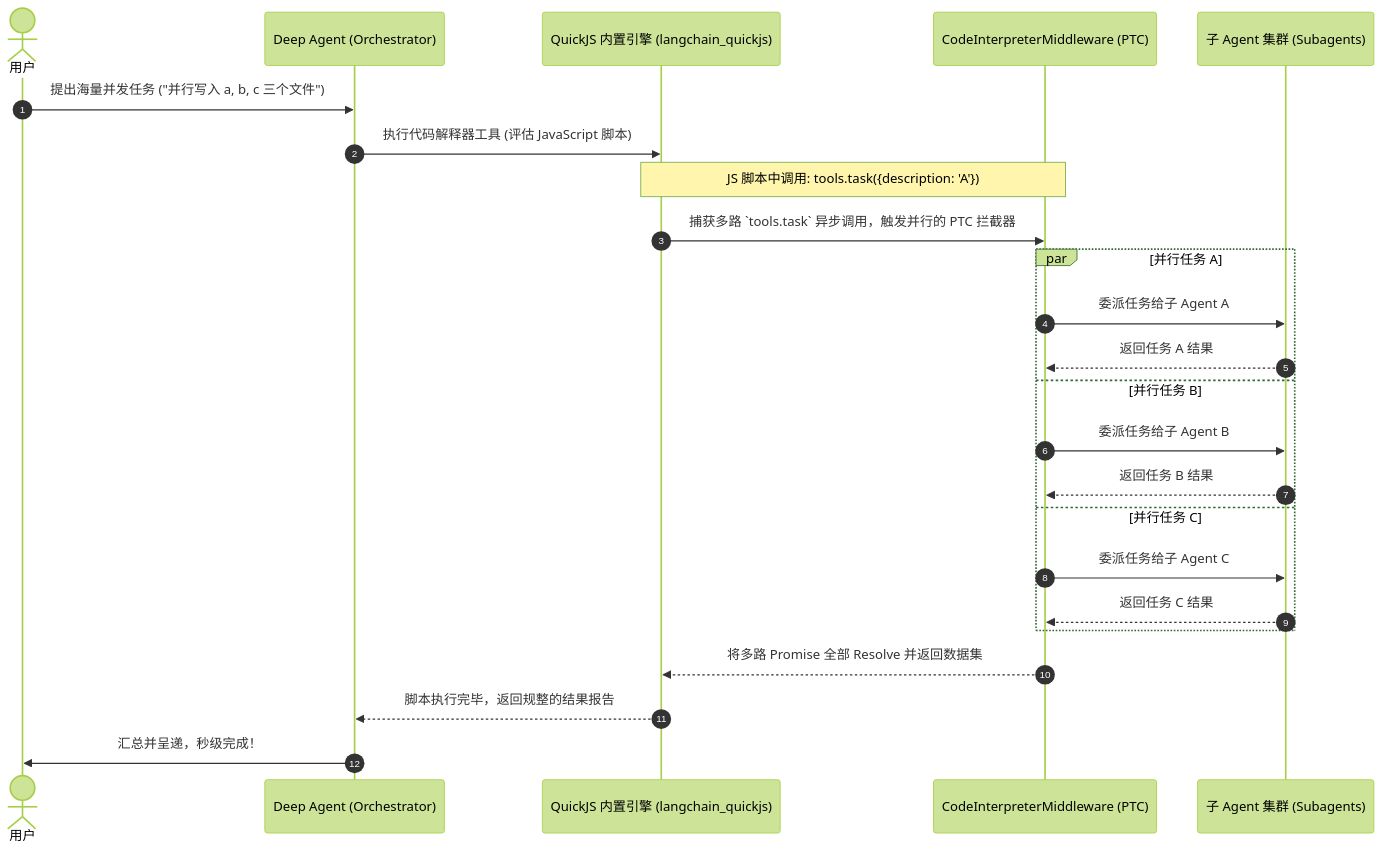
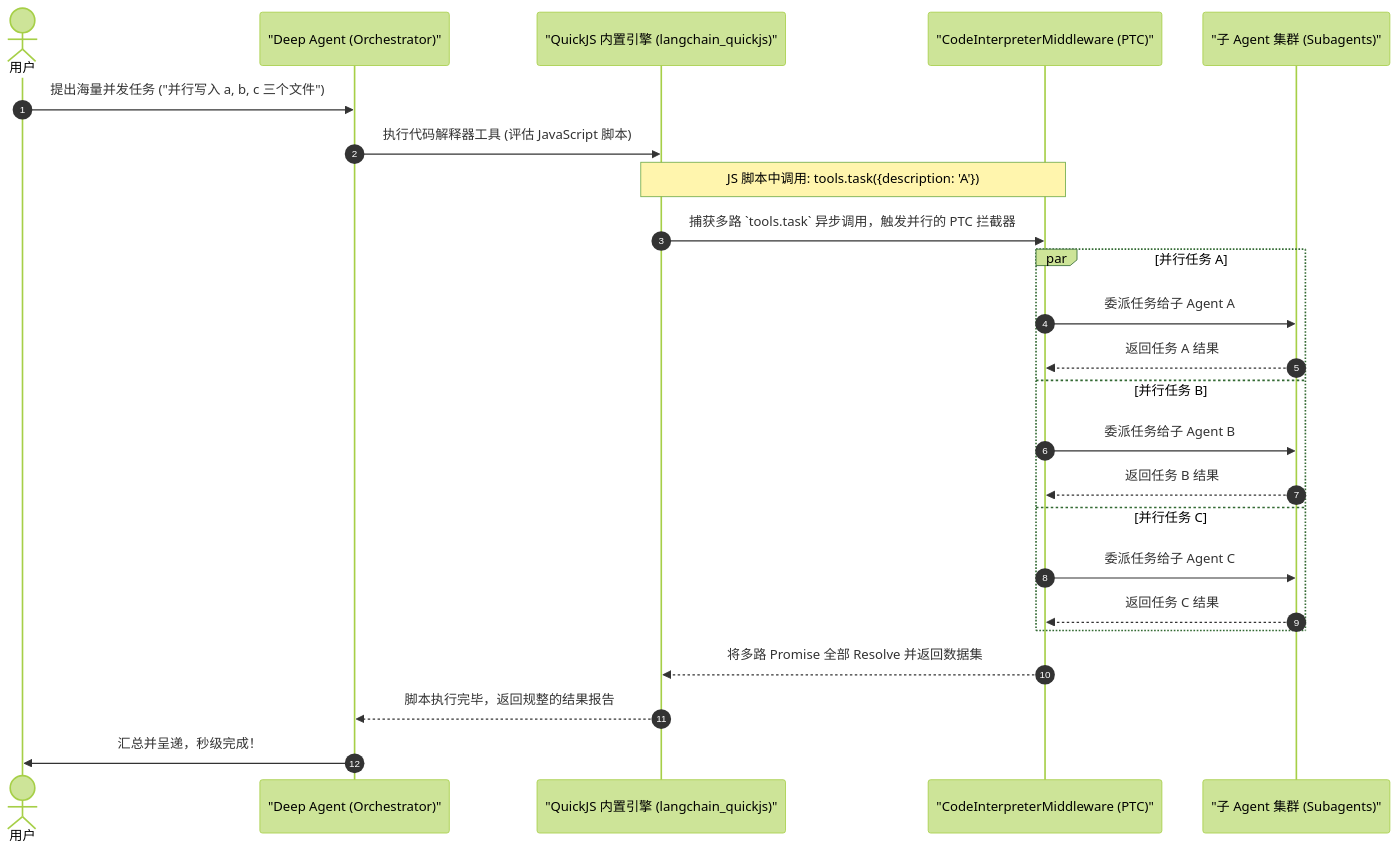
The diagram in doc/11_repl_swarm.md (Xisha2100/deepagents), drawn with Mermaid (forest theme) before and after one commit. The commit also changed 14 other files, not shown here.

Commit message:
docs(sdk): fix Mermaid syntax parser errors for VSCode extension compatibility

````diff
--- a/doc/11_repl_swarm.md
+++ b/doc/11_repl_swarm.md
@@ -21,27 +21,27 @@
 ```mermaid
 sequenceDiagram
     autonumber
     actor User as 用户
-    participant Orch as Deep Agent (Orchestrator)
-    participant QJS as QuickJS 内置引擎 (langchain_quickjs)
-    participant Middleware as CodeInterpreterMiddleware (PTC)
-    participant Sub as 子 Agent 集群 (Subagents)
+    participant Orch as "Deep Agent (Orchestrator)"
+    participant QJS as "QuickJS 内置引擎 (langchain_quickjs)"
+    participant Middleware as "CodeInterpreterMiddleware (PTC)"
+    participant Sub as "子 Agent 集群 (Subagents)"
 
     User->>Orch: 提出海量并发任务 ("并行写入 a, b, c 三个文件")
     Orch->>QJS: 执行代码解释器工具 (评估 JavaScript 脚本)
     Note over QJS, Middleware: JS 脚本中调用: tools.task({description: 'A'})
     QJS->>Middleware: 捕获多路 `tools.task` 异步调用，触发并行的 PTC 拦截器
     par 并行任务 A
         Middleware->>Sub: 委派任务给子 Agent A
         Sub-->>Middleware: 返回任务 A 结果
     and 并行任务 B
         Middleware->>Sub: 委派任务给子 Agent B
         Sub-->>Middleware: 返回任务 B 结果
     and 并行任务 C
         Middleware->>Sub: 委派任务给子 Agent C
         Sub-->>Middleware: 返回任务 C 结果
     end
     Middleware-->>QJS: 将多路 Promise 全部 Resolve 并返回数据集
     QJS-->>Orch: 脚本执行完毕，返回规整的结果报告
     Orch->>User: 汇总并呈递，秒级完成！
 ```
````
